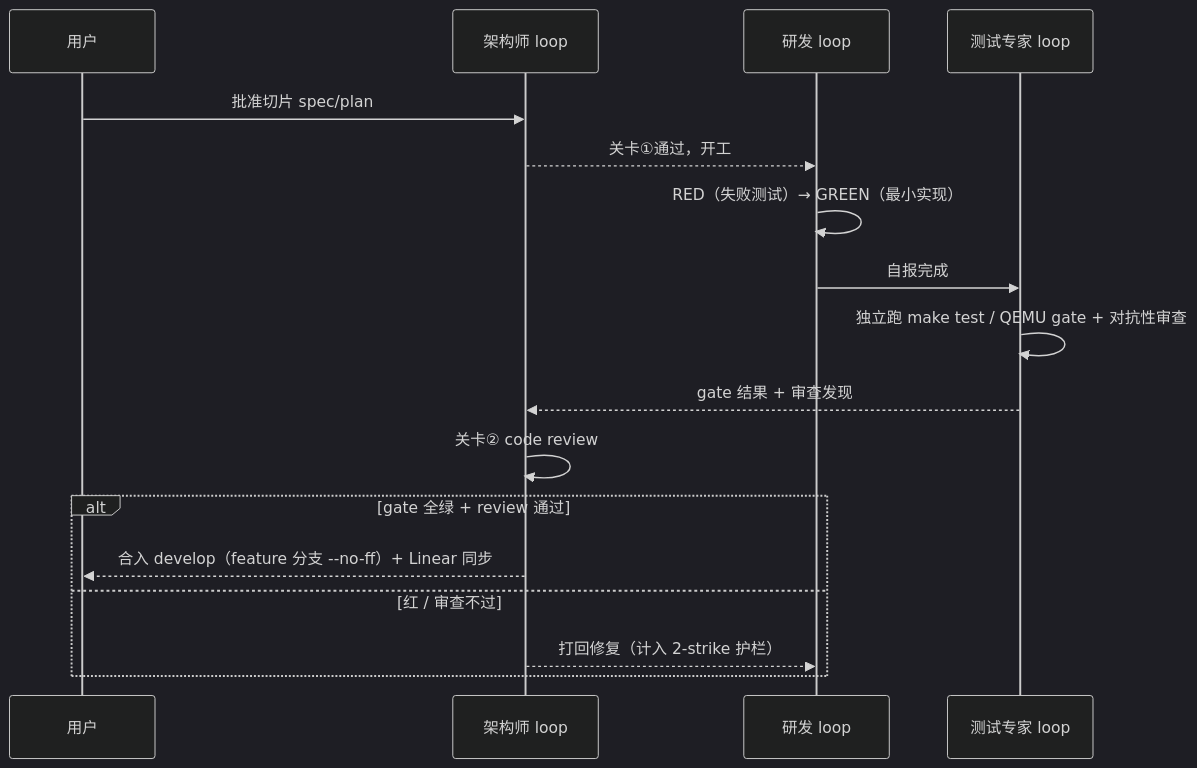
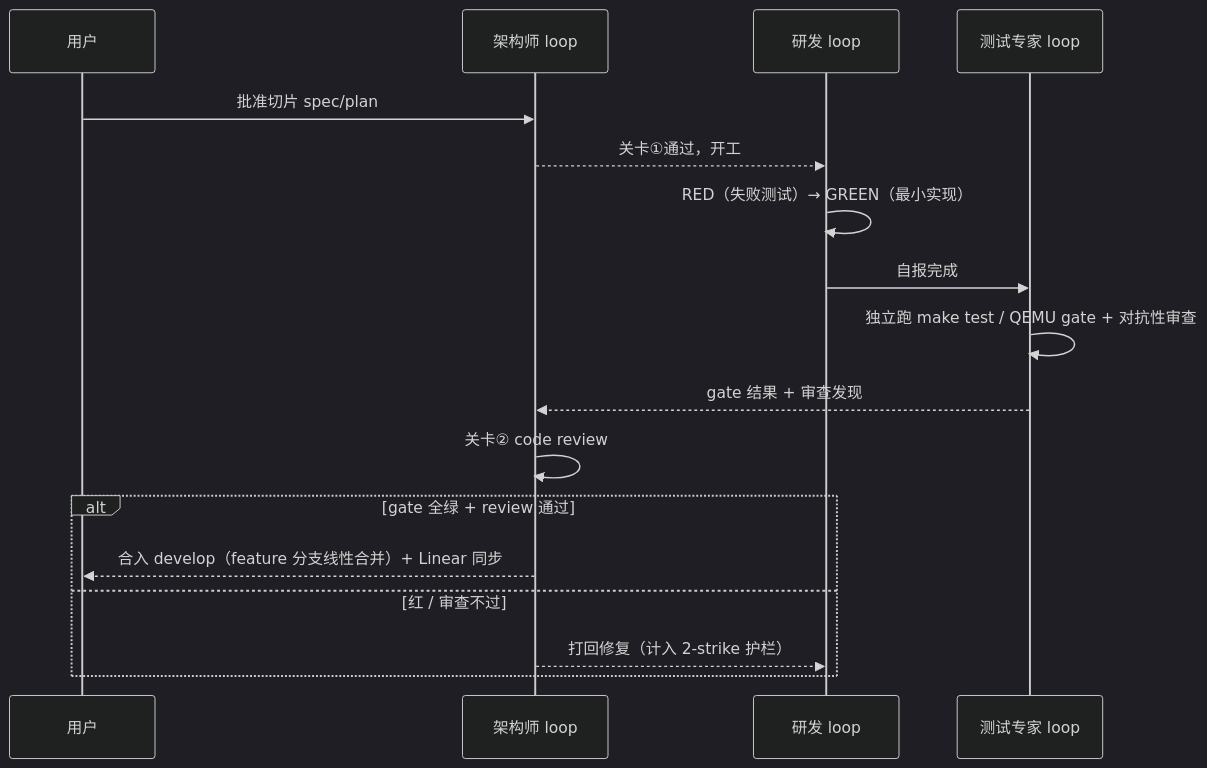
One commit to James7zy/hypervisor changed the diagram in docs/superpowers/specs/2026-10-30-nasa-glm-loop-design.md. Above: the diagram before and after it, drawn with Mermaid (dark theme). The commit also changed other lines of this file, not shown here.

First line of the commit message:
[docs][docs] workflow: Integrate reviewed slices with linear history

````diff
--- a/docs/superpowers/specs/2026-10-30-nasa-glm-loop-design.md
+++ b/docs/superpowers/specs/2026-10-30-nasa-glm-loop-design.md
@@ -100,19 +100,19 @@
 ```mermaid
 sequenceDiagram
     participant U as 用户
     participant A as 架构师 loop
     participant D as 研发 loop
     participant T as 测试专家 loop
     U->>A: 批准切片 spec/plan
     A-->>D: 关卡①通过，开工
     D->>D: RED（失败测试）→ GREEN（最小实现）
     D->>T: 自报完成
     T->>T: 独立跑 make test / QEMU gate + 对抗性审查
     T-->>A: gate 结果 + 审查发现
     A->>A: 关卡② code review
     alt gate 全绿 + review 通过
-        A-->>U: 合入 develop（feature 分支 --no-ff）+ Linear 同步
+        A-->>U: 合入 develop（feature 分支线性合并）+ Linear 同步
     else 红 / 审查不过
         A-->>D: 打回修复（计入 2-strike 护栏）
     end
 ```
````
